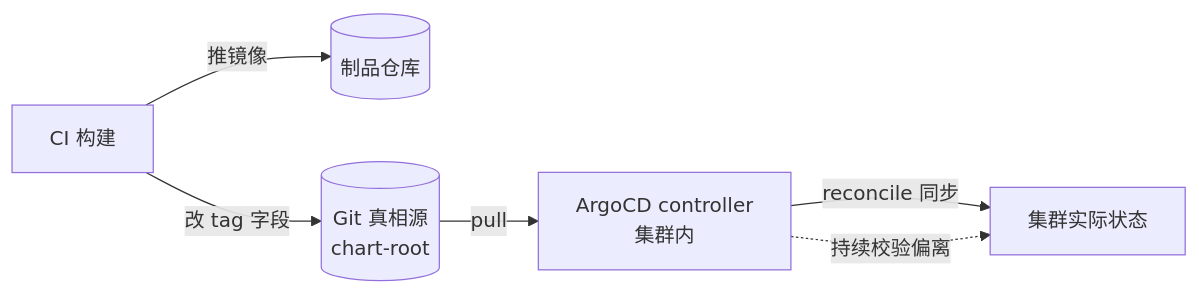
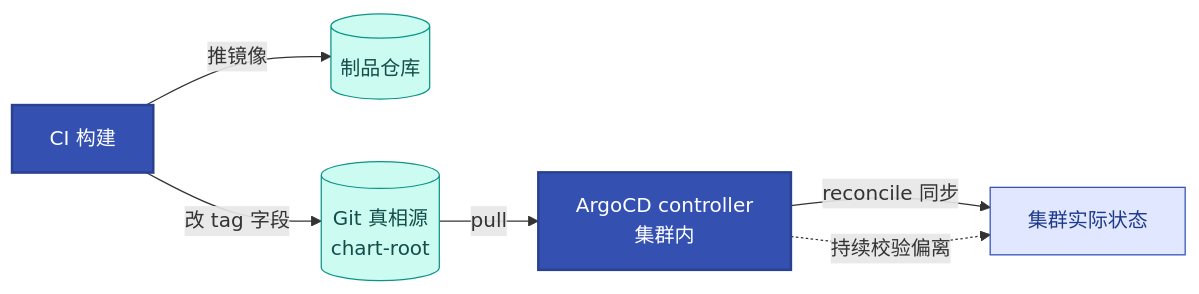
The diagram in docs/10-argocd-gitops.md (jackiesre721/ai-native-ops), drawn with Mermaid before and after one commit. The commit also changed 9 other files, not shown here.

First line of the commit message:
viz: 全部 12 张 mermaid 图上语义色

````diff
--- a/docs/10-argocd-gitops.md
+++ b/docs/10-argocd-gitops.md
@@ -53,8 +53,14 @@
 ```mermaid
 flowchart LR
     CI[CI 构建] -->|推镜像| REG[(制品仓库)]
     CI -->|改 tag 字段| GIT[(Git 真相源<br/>chart-root)]
     GIT -->|pull| ARG[ArgoCD controller<br/>集群内]
     ARG -->|reconcile 同步| CL[集群实际状态]
     ARG -.->|持续校验偏离| CL
+    classDef start fill:#3451b2,color:#fff,stroke:#2a4090,stroke-width:2px
+    classDef proc fill:#e0e7ff,stroke:#3451b2,color:#1e3a8a
+    classDef data fill:#ccfbf1,stroke:#0d9488,color:#134e4a
+    class CI,ARG start
+    class REG,GIT data
+    class CL proc
 ```
````
